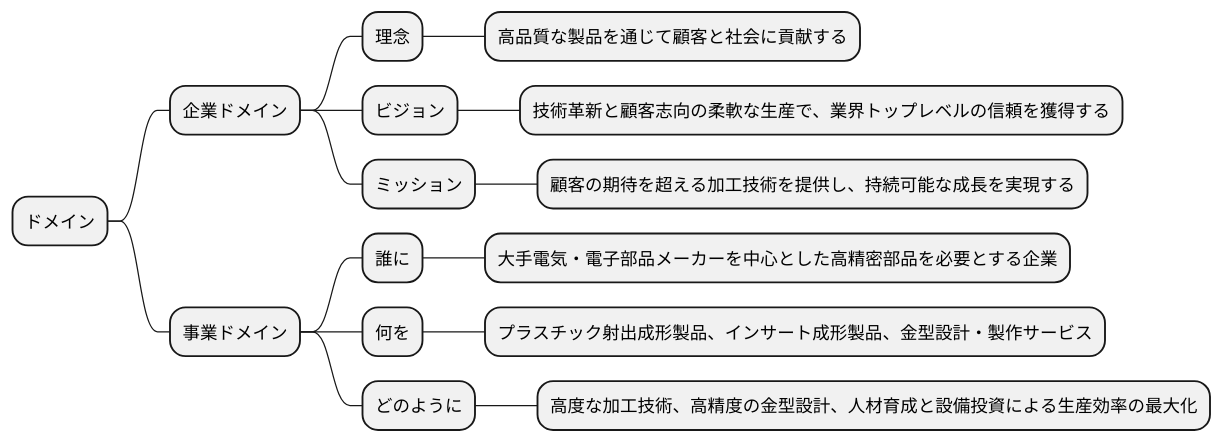
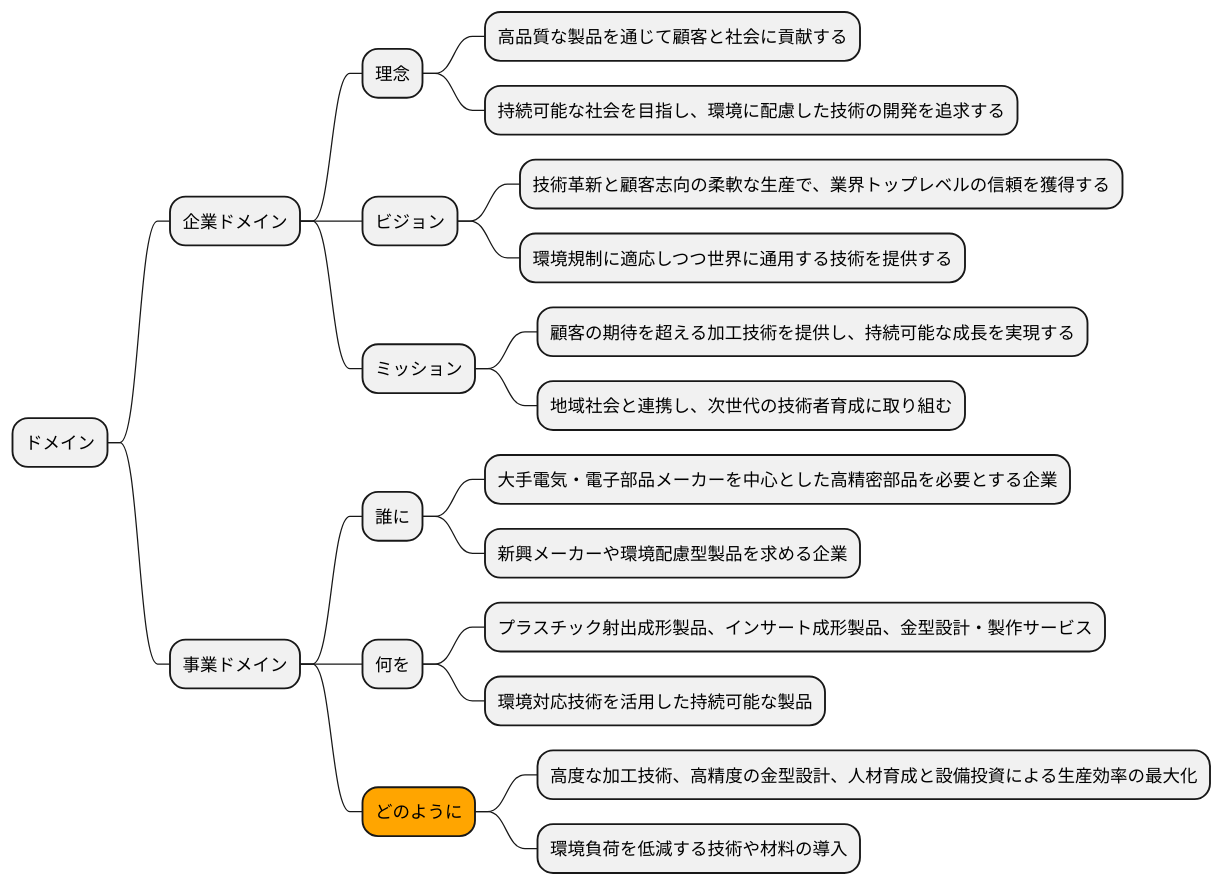
One commit to k2works/case-study-business-analysis changed the fifth of 19 diagrams in docs/case/h30_case_3.adoc. Above: the diagram before and after it, drawn with PlantUML. The commit also changed other lines of this file, not shown here.

```diff
--- a/docs/case/h30_case_3.adoc
+++ b/docs/case/h30_case_3.adoc
@@ -199,22 +224,28 @@
 [plantuml]
 ----
 @startmindmap
 
 * ドメイン
 ** 企業ドメイン
 *** 理念
 **** 高品質な製品を通じて顧客と社会に貢献する
+**** 持続可能な社会を目指し、環境に配慮した技術の開発を追求する
 *** ビジョン
 **** 技術革新と顧客志向の柔軟な生産で、業界トップレベルの信頼を獲得する
+**** 環境規制に適応しつつ世界に通用する技術を提供する
 *** ミッション
 **** 顧客の期待を超える加工技術を提供し、持続可能な成長を実現する
+**** 地域社会と連携し、次世代の技術者育成に取り組む
 ** 事業ドメイン
 *** 誰に
 **** 大手電気・電子部品メーカーを中心とした高精密部品を必要とする企業
+**** 新興メーカーや環境配慮型製品を求める企業
 *** 何を
 **** プラスチック射出成形製品、インサート成形製品、金型設計・製作サービス
-*** どのように
+**** 環境対応技術を活用した持続可能な製品
+***[#orange] どのように
 **** 高度な加工技術、高精度の金型設計、人材育成と設備投資による生産効率の最大化
+**** 環境負荷を低減する技術や材料の導入
 
 @endmindmap
 ----
```
